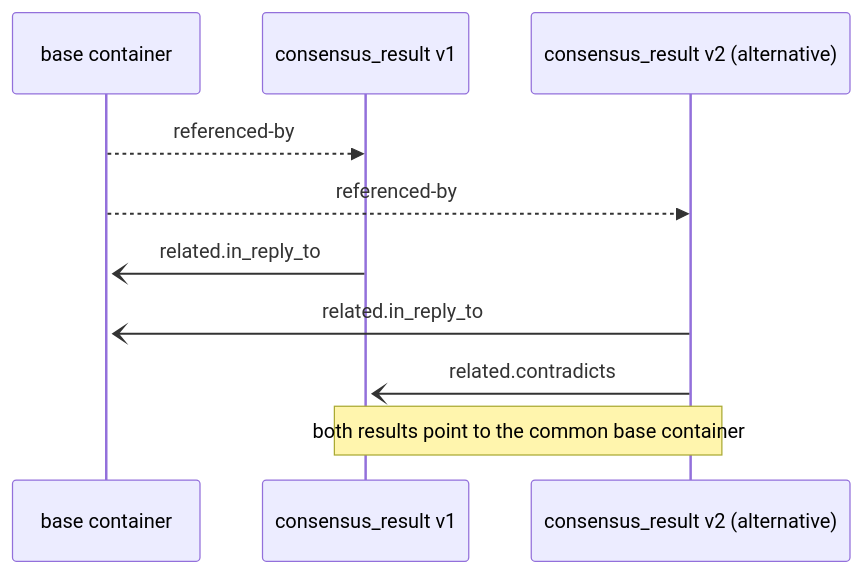
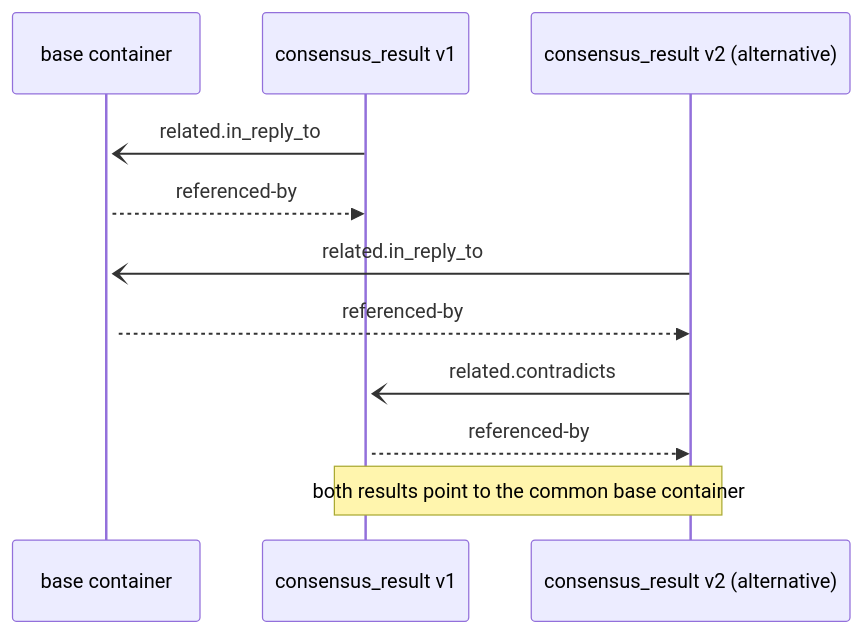
One commit to kagvi13/HMP changed the diagram in structured_md/docs/HMP-0005.md. Above: the diagram before and after it, drawn with Mermaid. The commit also changed other lines of this file and 65 other files, not shown here.

````diff
--- a/structured_md/docs/HMP-0005.md
+++ b/structured_md/docs/HMP-0005.md
@@ -1940,14 +1940,17 @@
 ```mermaid
 sequenceDiagram
     participant A as base container
     participant B as consensus_result v1
     participant C as consensus_result v2 (alternative)
 
+    B-)+A: related.in_reply_to
     A-->>B: referenced-by
+
+    C-)+A: related.in_reply_to
     A-->>C: referenced-by
-    B-)+A: related.in_reply_to
-    C-)+A: related.in_reply_to
+
     C-)+B: related.contradicts
+    B-->>C: referenced-by
 
     Note over B,C: both results point to the common base container
 ```
````
